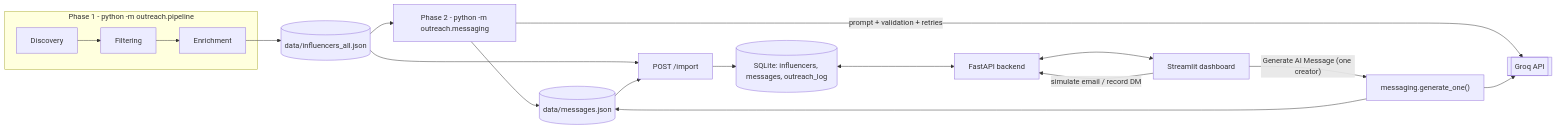
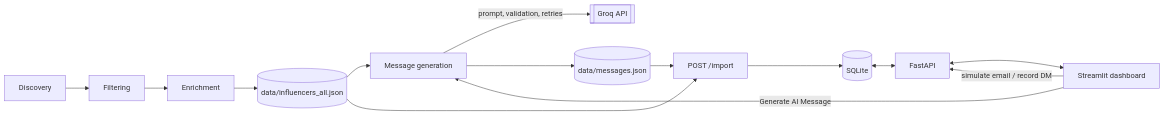
The diagram in README.md (vidushisingh123/Ai-influencer-outreach), drawn with Mermaid before and after one commit. The commit also changed other lines of this file, not shown here.

````diff
--- a/README.md
+++ b/README.md
@@ -53,19 +141,15 @@
 ```mermaid
 flowchart LR
-    subgraph P1["Phase 1 - python -m outreach.pipeline"]
-        D[Discovery] --> F[Filtering] --> E[Enrichment]
-    end
+    D[Discovery] --> F[Filtering] --> E[Enrichment]
     E --> INF[("data/influencers_all.json")]
-    INF --> MSG["Phase 2 - python -m outreach.messaging"]
-    MSG -->|"prompt + validation + retries"| GROQ[["Groq API"]]
+    INF --> MSG["Message generation"]
+    MSG -->|"prompt, validation, retries"| GROQ[["Groq API"]]
     MSG --> MJ[("data/messages.json")]
     INF --> IMP["POST /import"]
     MJ --> IMP
-    IMP --> DB[("SQLite: influencers, messages, outreach_log")]
-    DB <--> API["FastAPI backend"]
+    IMP --> DB[("SQLite")]
+    DB <--> API["FastAPI"]
     API <--> UI["Streamlit dashboard"]
-    UI -->|"Generate AI Message (one creator)"| GEN["messaging.generate_one()"]
-    GEN --> GROQ
-    GEN --> MJ
+    UI -->|"Generate AI Message"| MSG
     UI -->|"simulate email / record DM"| API
 ```
````
